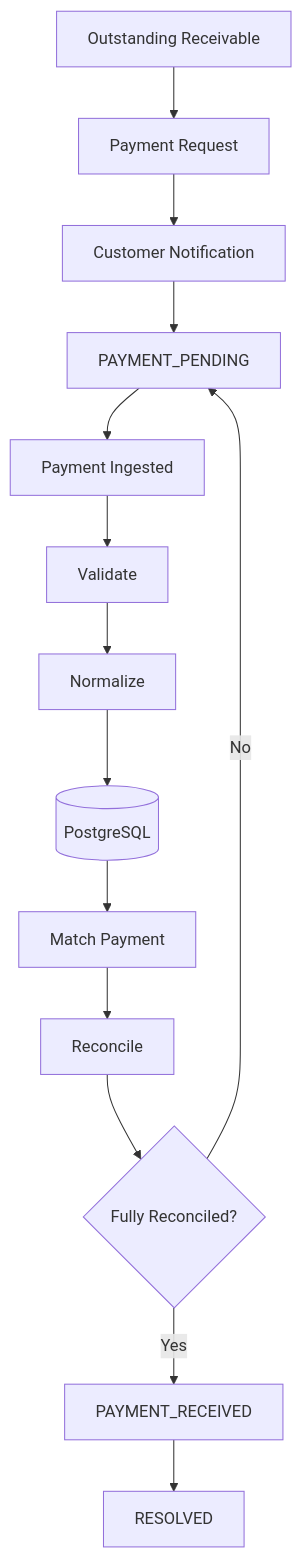
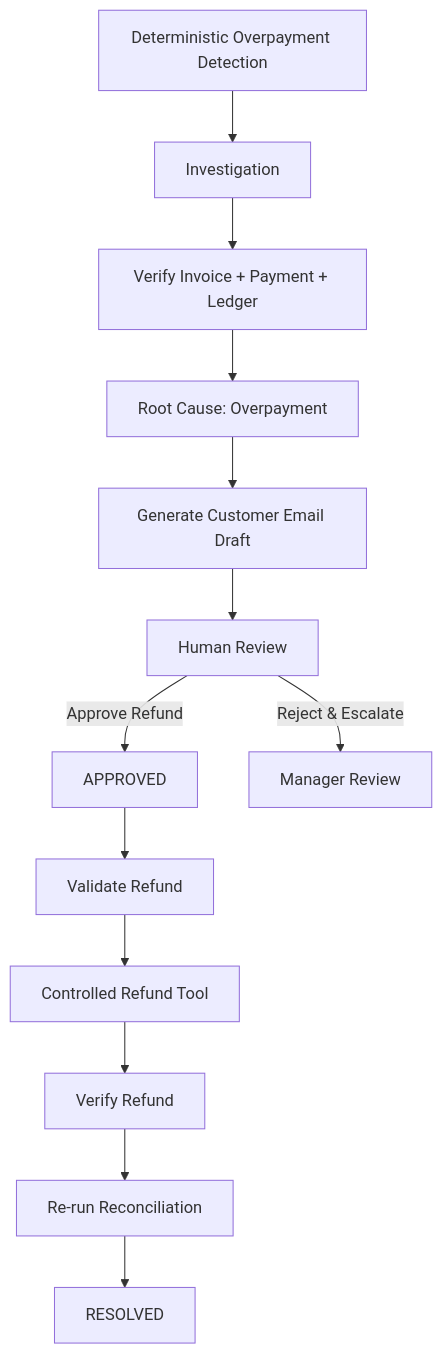
Diagram 12 of 23 in README.md (ChibuezeWilly/AI-Powered-Financial-Close-System), drawn with Mermaid before and after one commit. The commit also changed other lines of this file and 28 other files, not shown here.

````diff
--- a/README.md
+++ b/README.md
@@ -1504,31 +1479,29 @@
 ```mermaid
-
 flowchart TD
 
-    A[Outstanding Receivable] --> B[Payment Request]
+    DETECT[Deterministic Overpayment Detection]
 
-    B --> C[Customer Notification]
+    DETECT --> INVESTIGATE[Investigation]
 
-    C --> D[PAYMENT_PENDING]
+    INVESTIGATE --> EVIDENCE[Verify Invoice + Payment + Ledger]
 
-    D --> E[Payment Ingested]
+    EVIDENCE --> ROOT[Root Cause: Overpayment]
 
-    E --> F[Validate]
+    ROOT --> DRAFT[Generate Customer Email Draft]
 
-    F --> G[Normalize]
+    DRAFT --> HUMAN[Human Review]
 
-    G --> H[(PostgreSQL)]
+    HUMAN -->|Approve Refund| APPROVED[APPROVED]
 
-    H --> I[Match Payment]
+    APPROVED --> VALIDATE[Validate Refund]
 
-    I --> J[Reconcile]
+    VALIDATE --> REFUND[Controlled Refund Tool]
 
-    J --> K{Fully Reconciled?}
+    REFUND --> VERIFY[Verify Refund]
 
-    K -->|No| D
+    VERIFY --> RECON[Re-run Reconciliation]
 
-    K -->|Yes| L[PAYMENT_RECEIVED]
+    RECON --> RESOLVED[RESOLVED]
 
-    L --> M[RESOLVED]
-
+    HUMAN -->|Reject & Escalate| MANAGER[Manager Review]
 ```
````
